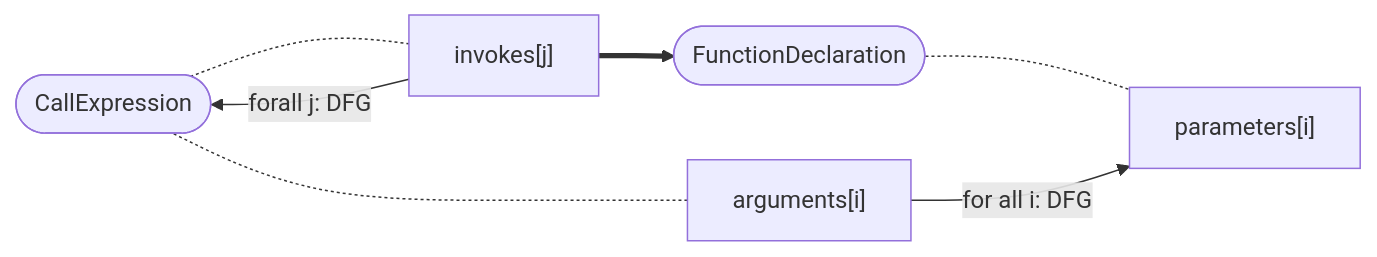
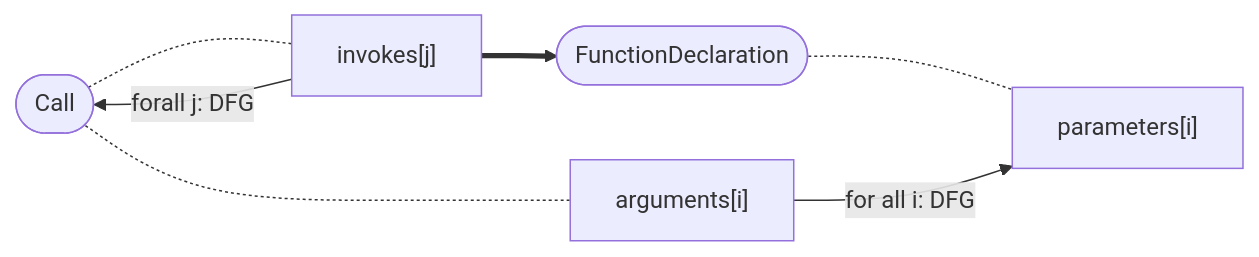
Before and after one commit to Fraunhofer-AISEC/cpg: the first of 40 diagrams in docs/docs/CPG/specs/dfg.md, drawn with Mermaid. The commit also changed other lines of this file and 403 other files, not shown here.

````diff
--- a/docs/docs/CPG/specs/dfg.md
+++ b/docs/docs/CPG/specs/dfg.md
@@ -30,9 +30,9 @@
   ```mermaid
   flowchart LR
-    node([CallExpression]) -.- invokes["invokes[j]"];
+    node([Call]) -.- invokes["invokes[j]"];
     node -.- arguments["arguments[i]"];
     invokes ==> decl([FunctionDeclaration])
     decl -.- parameters["parameters[i]"]
     arguments -- "for all i: DFG" --> parameters
     invokes -- "forall j: DFG" --> node
   ```
````
